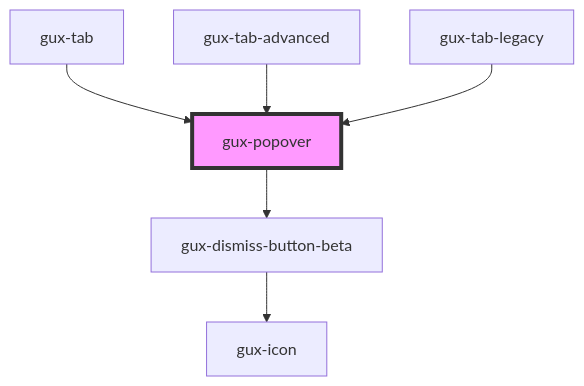
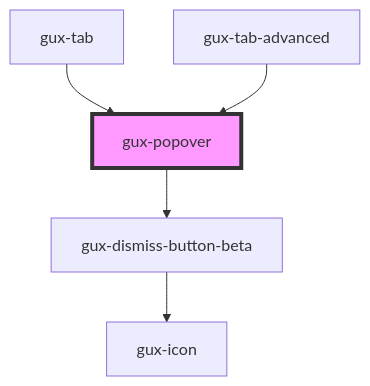
Before and after one commit to MyPureCloud/genesys-spark: the diagram in src/components/stable/gux-popover/readme.md, drawn with Mermaid. The commit also changed other lines of this file and 37 other files, not shown here.

````diff
--- a/src/components/stable/gux-popover/readme.md
+++ b/src/components/stable/gux-popover/readme.md
@@ -43,9 +42,8 @@
 ```mermaid
 graph TD;
   gux-popover --> gux-dismiss-button-beta
   gux-dismiss-button-beta --> gux-icon
   gux-tab --> gux-popover
   gux-tab-advanced --> gux-popover
-  gux-tab-legacy --> gux-popover
   style gux-popover fill:#f9f,stroke:#333,stroke-width:4px
 ```
````
